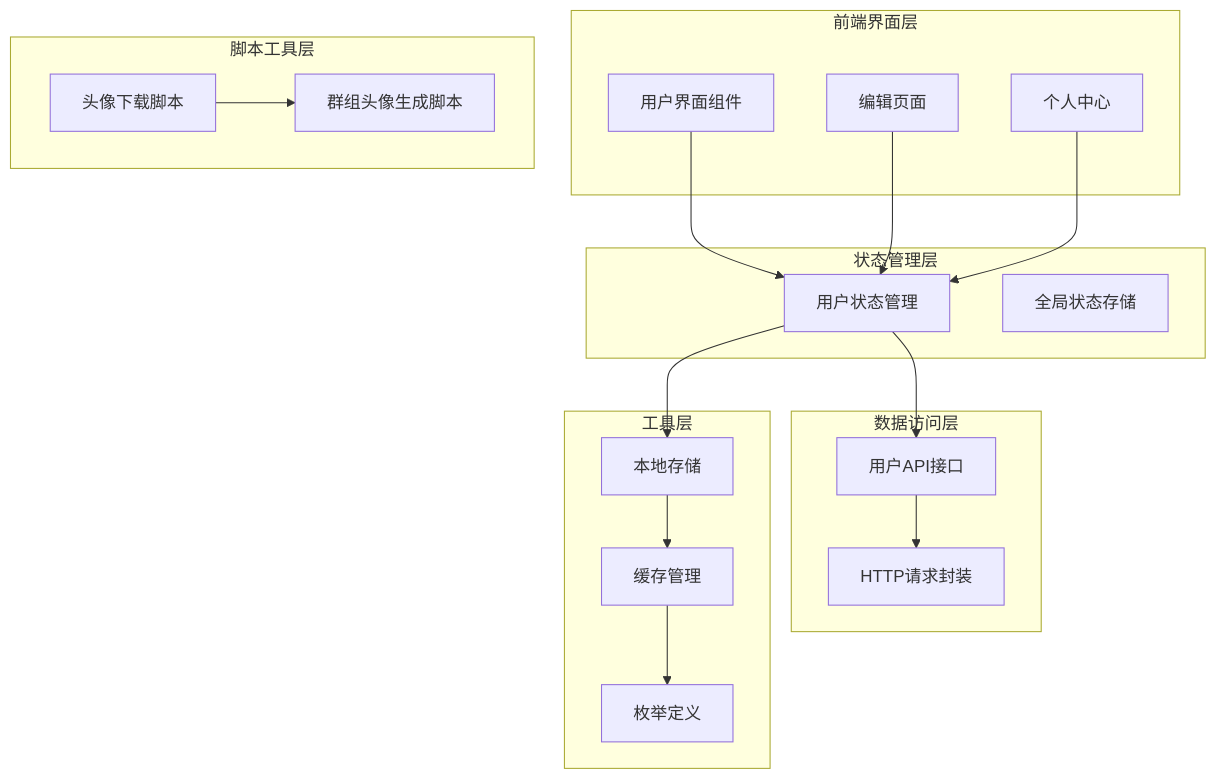
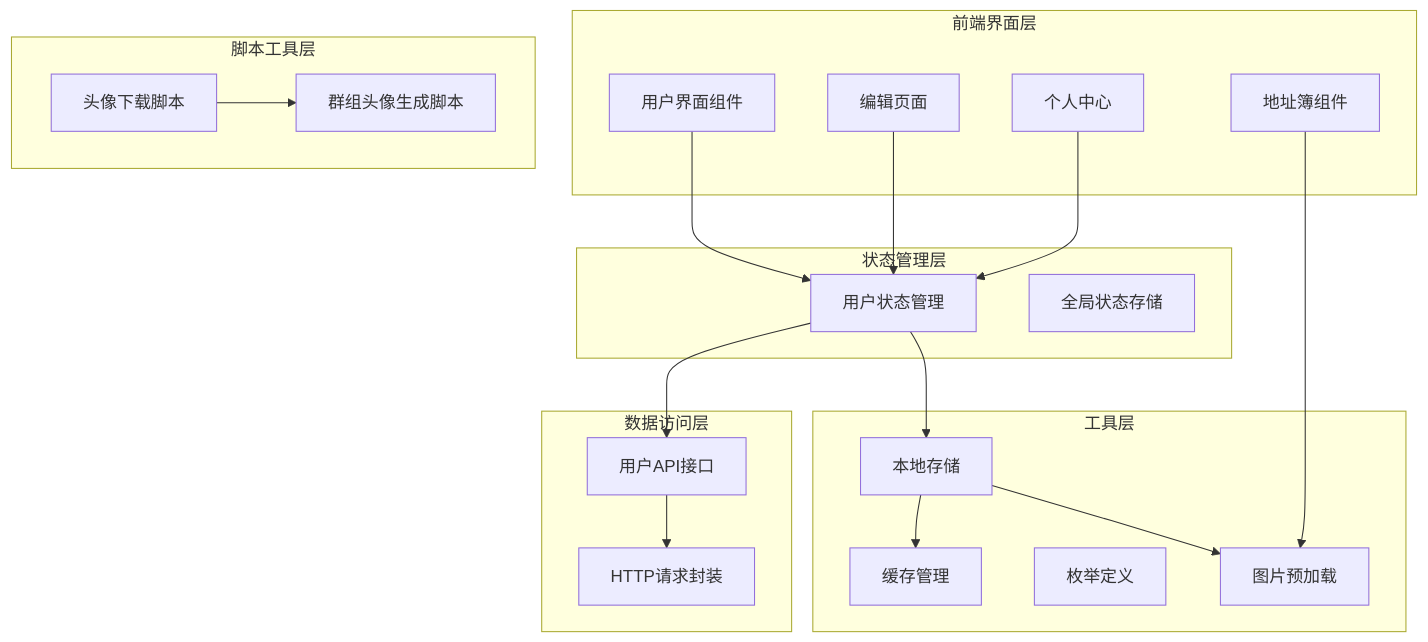
Before and after one commit to giserman001/vue3-vant4-mobile: the first of 10 diagrams in .qoder/repowiki/zh/content/核心系统/头像管理系统.md, drawn with Mermaid. The commit also changed other lines of this file and 1 other file, not shown here.

First line of the commit message:
feat(address): 完善头像索引管理与图片预加载机制

````diff
--- a/.qoder/repowiki/zh/content/核心系统/头像管理系统.md
+++ b/.qoder/repowiki/zh/content/核心系统/头像管理系统.md
@@ -40,34 +52,37 @@
 ```mermaid
 graph TB
 subgraph "前端界面层"
 A[用户界面组件]
 B[编辑页面]
 C[个人中心]
+D[地址簿组件]
 end
 subgraph "状态管理层"
-D[用户状态管理]
-E[全局状态存储]
+E[用户状态管理]
+F[全局状态存储]
 end
 subgraph "数据访问层"
-F[用户API接口]
-G[HTTP请求封装]
+G[用户API接口]
+H[HTTP请求封装]
 end
 subgraph "工具层"
-H[本地存储]
-I[缓存管理]
-J[枚举定义]
+I[本地存储]
+J[缓存管理]
+K[枚举定义]
+L[图片预加载]
 end
 subgraph "脚本工具层"
-K[头像下载脚本]
-L[群组头像生成脚本]
+M[头像下载脚本]
+N[群组头像生成脚本]
 end
-A --> D
-B --> D
-C --> D
-D --> F
-F --> G
-D --> H
-H --> I
+A --> E
+B --> E
+C --> E
+D --> L
+E --> G
+G --> H
+E --> I
 I --> J
-K --> L
+I --> L
+M --> N
 ```
````
